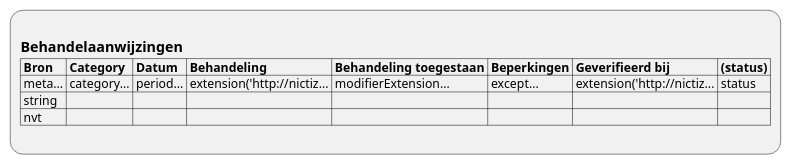
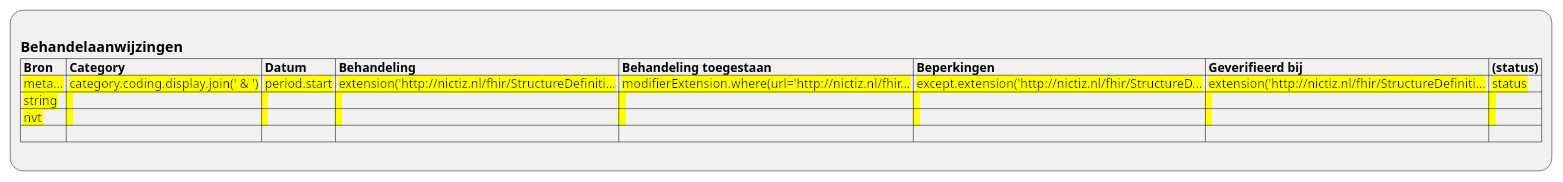
One commit to RIVO-Noord/zorgviewer-ig changed the diagram in input/images-source/ViewDefinition-Behandelaanwijzingen.plantuml. Above: the diagram before and after it, drawn with PlantUML. The commit also changed 10 other files, not shown here.

```diff
--- a/input/images-source/ViewDefinition-Behandelaanwijzingen.plantuml
+++ b/input/images-source/ViewDefinition-Behandelaanwijzingen.plantuml
@@ -1,9 +1,10 @@
 @startuml ViewDefinition-Behandelaanwijzingen
 :
 == Behandelaanwijzingen
 |= Bron |= Category |= Datum |= Behandeling |= Behandeling toegestaan |= Beperkingen |= Geverifieerd bij |= (status) |
-| meta... | category... | period... | extension('http://nictiz... | modifierExtension... | except... | extension('http://nictiz... | status |
-| string |  |  |  |  |  |  |  |
-| nvt |  |  |  |  |  |  |  |
+|<back:yellow> meta... |<back:yellow> category.coding.display.join(' & ') |<back:yellow> period.start |<back:yellow> extension('http://nictiz.nl/fhir/StructureDefiniti... |<back:yellow> modifierExtension.where(url='http://nictiz.nl/fhir... |<back:yellow> except.extension('http://nictiz.nl/fhir/StructureD... |<back:yellow> extension('http://nictiz.nl/fhir/StructureDefiniti... |<back:yellow> status |
+|<back:yellow> string |<back:yellow>  |<back:yellow>  |<back:yellow>  |<back:yellow>  |<back:yellow>  |<back:yellow>  |<back:yellow>  |
+|<back:yellow> nvt |<back:yellow>  |<back:yellow>  |<back:yellow>  |<back:yellow>  |<back:yellow>  |<back:yellow>  |<back:yellow>  |
+| |
 ;
 @enduml
```
